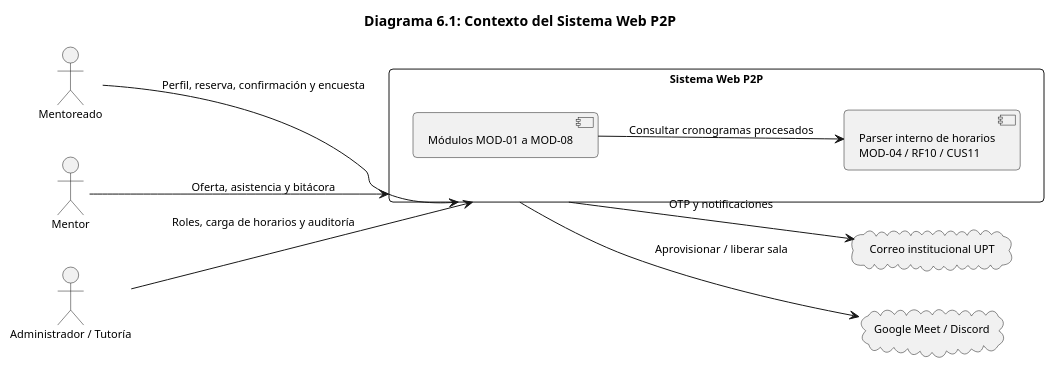
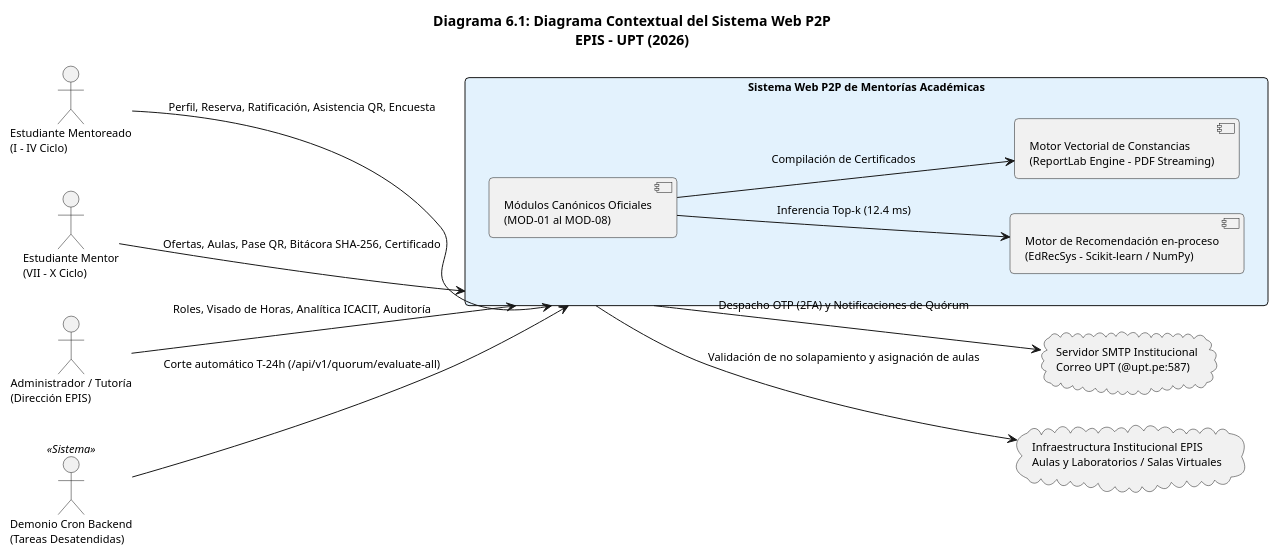
One commit to JMedina255/sistema_web_p2p changed the seventh of 14 diagrams in docs/diseño/FD04-EPIS-Informe SAD de Proyecto.md. Above: the diagram before and after it, drawn with PlantUML. The commit also changed other lines of this file, not shown here.

````diff
--- a/docs/diseño/FD04-EPIS-Informe SAD de Proyecto.md
+++ b/docs/diseño/FD04-EPIS-Informe SAD de Proyecto.md
@@ -910,25 +858,35 @@
 ```plantuml
 @startuml
-title Diagrama 6.1: Contexto del Sistema Web P2P
+title Diagrama 6.1: Diagrama Contextual del Sistema Web P2P\nEPIS - UPT (2026)
+
 skinparam shadowing false
 skinparam defaultFontName Arial
 skinparam roundcorner 8
 skinparam defaultFontSize 11
 left to right direction
-actor "Mentoreado" as Alumno
-actor "Mentor" as Mentor
-actor "Administrador / Tutoría" as Admin
-rectangle "Sistema Web P2P" as Core {
-  component "Módulos MOD-01 a MOD-08" as Modulos
-  component "Parser interno de horarios\nMOD-04 / RF10 / CUS11" as Parser
-  Modulos --> Parser : Consultar cronogramas procesados
+
+actor "Estudiante Mentoreado\n(I - IV Ciclo)" as Alumno
+actor "Estudiante Mentor\n(VII - X Ciclo)" as Mentor
+actor "Administrador / Tutoría\n(Dirección EPIS)" as Admin
+actor "Demonio Cron Backend\n(Tareas Desatendidas)" as Cron <<Sistema>>
+
+rectangle "Sistema Web P2P de Mentorías Académicas" as Core #E3F2FD {
+  component "Módulos Canónicos Oficiales\n(MOD-01 al MOD-08)" as Modulos
+  component "Motor de Recomendación en-proceso\n(EdRecSys - Scikit-learn / NumPy)" as RecSys
+  component "Motor Vectorial de Constancias\n(ReportLab Engine - PDF Streaming)" as PDFEngine
+  Modulos --> RecSys : Inferencia Top-k (12.4 ms)
+  Modulos --> PDFEngine : Compilación de Certificados
 }
-cloud "Correo institucional UPT" as SMTP
-cloud "Google Meet / Discord" as Virtual
-Alumno --> Core : Perfil, reserva, confirmación y encuesta
-Mentor --> Core : Oferta, asistencia y bitácora
-Admin --> Core : Roles, carga de horarios y auditoría
-Core --> SMTP : OTP y notificaciones
-Core --> Virtual : Aprovisionar / liberar sala
+
+cloud "Servidor SMTP Institucional\nCorreo UPT (@upt.pe:587)" as SMTP
+cloud "Infraestructura Institucional EPIS\nAulas y Laboratorios / Salas Virtuales" as Infra
+
+Alumno --> Core : Perfil, Reserva, Ratificación, Asistencia QR, Encuesta
+Mentor --> Core : Ofertas, Aulas, Pase QR, Bitácora SHA-256, Certificado
+Admin --> Core : Roles, Visado de Horas, Analítica ICACIT, Auditoría
+Cron --> Core : Corte automático T-24h (/api/v1/quorum/evaluate-all)
+
+Core --> SMTP : Despacho OTP (2FA) y Notificaciones de Quórum
+Core --> Infra : Validación de no solapamiento y asignación de aulas
 @enduml
 ```
````
